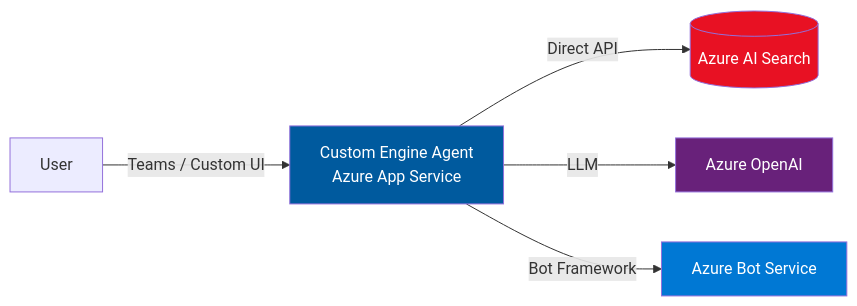
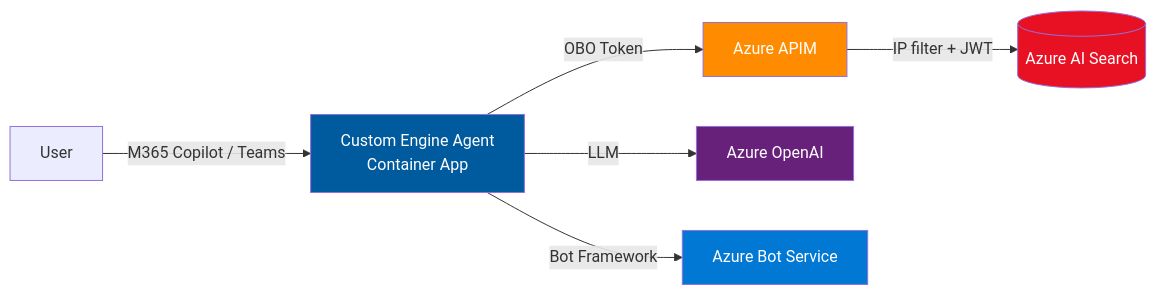
The eighth of 10 diagrams in COMPARISON.md (ostefka/AgentsAdvancedSearch), drawn with Mermaid before and after one commit. The commit also changed other lines of this file and 1 other file, not shown here.

Commit message:
Major update: shared infra model for #5/#6/#8, corrected APIM pricing (Basic v2 , Std v2 ), AI Search S1 QPS analysis, #8 architecture with APIM, white theme

````diff
--- a/COMPARISON.md
+++ b/COMPARISON.md
@@ -151,11 +151,13 @@
 ```mermaid
 flowchart LR
-    U[User] -->|Teams / Custom UI| BOT[Custom Engine Agent<br/>Azure App Service]
-    BOT -->|Direct API| AIS[(Azure AI Search)]
+    U[User] -->|M365 Copilot / Teams| BOT[Custom Engine Agent<br/>Container App]
+    BOT -->|OBO Token| APIM[Azure APIM]
+    APIM -->|IP filter + JWT| AIS[(Azure AI Search)]
     BOT -->|LLM| AOAI[Azure OpenAI]
     BOT -->|Bot Framework| BF[Azure Bot Service]
     style BOT fill:#005a9e,color:#fff
+    style APIM fill:#ff8c00,color:#fff
     style AIS fill:#e81123,color:#fff
     style AOAI fill:#68217a,color:#fff
     style BF fill:#0078d4,color:#fff
 ```
````
